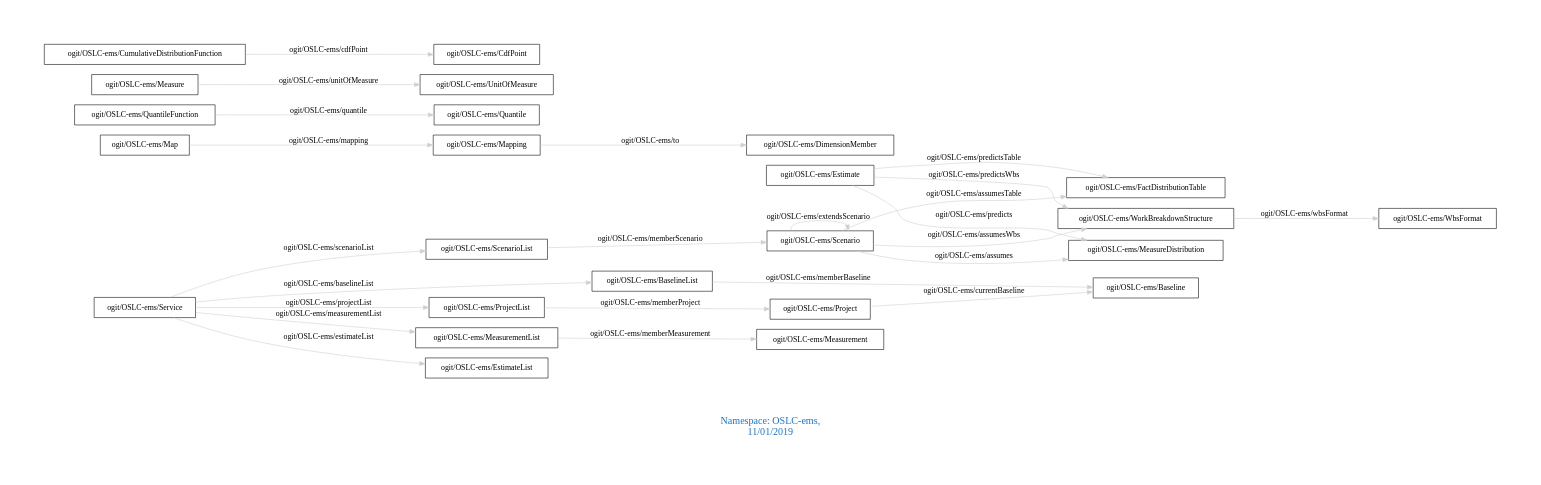
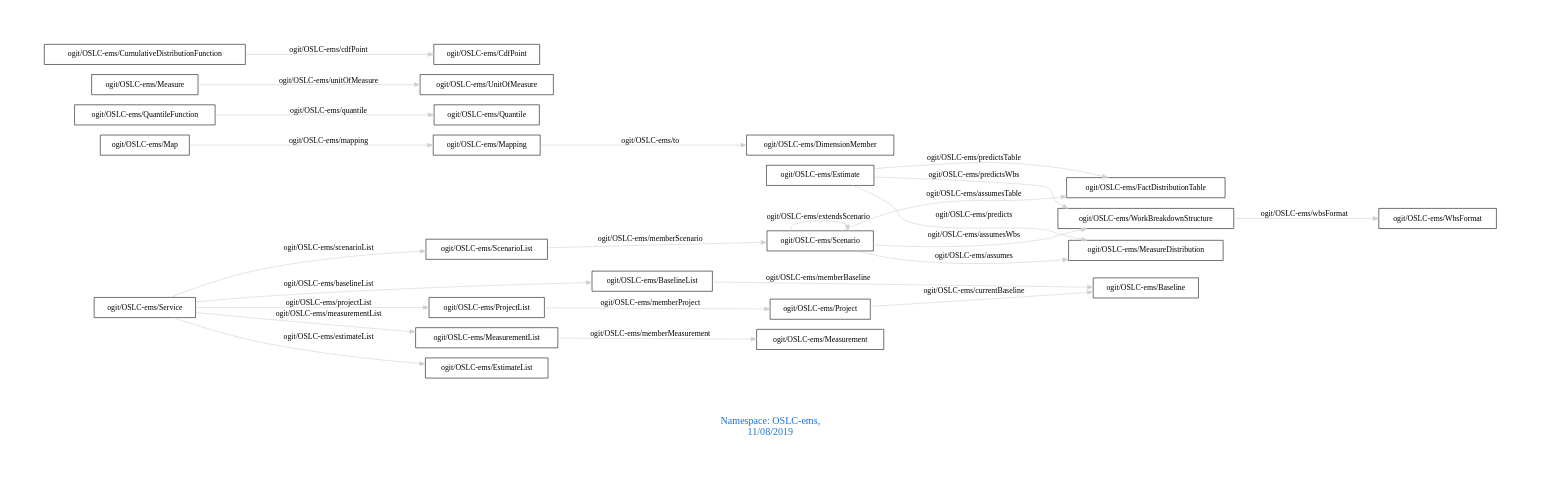
Before and after one commit to arago/OGIT: the diagram in downloads/OSLC-ems.dot, drawn with Graphviz. The commit also changed 151 other files, not shown here.

```diff
--- a/downloads/OSLC-ems.dot
+++ b/downloads/OSLC-ems.dot
@@ -1,31 +1,31 @@
 digraph OGIT_ontology {
  graph [ rankdir= LR,pad=1 
 fontsize = 18,
-fontcolor= dodgerblue3,label = "\n\n\nNamespace: OSLC-ems, \n 11/01/2019"];
+fontcolor= dodgerblue3,label = "\n\n\nNamespace: OSLC-ems, \n 11/08/2019"];
 node[shape=polygon];
 edge [  color="gray81"];
 
    "ogit/OSLC-ems/Estimate" -> "ogit/OSLC-ems/MeasureDistribution" [label="   ogit/OSLC-ems/predicts    "];
    "ogit/OSLC-ems/Mapping" -> "ogit/OSLC-ems/DimensionMember" [label="   ogit/OSLC-ems/to    "];
    "ogit/OSLC-ems/Service" -> "ogit/OSLC-ems/ProjectList" [label="   ogit/OSLC-ems/projectList    "];
    "ogit/OSLC-ems/QuantileFunction" -> "ogit/OSLC-ems/Quantile" [label="   ogit/OSLC-ems/quantile    "];
    "ogit/OSLC-ems/Service" -> "ogit/OSLC-ems/ScenarioList" [label="   ogit/OSLC-ems/scenarioList    "];
    "ogit/OSLC-ems/Measure" -> "ogit/OSLC-ems/UnitOfMeasure" [label="   ogit/OSLC-ems/unitOfMeasure    "];
    "ogit/OSLC-ems/ScenarioList" -> "ogit/OSLC-ems/Scenario" [label="   ogit/OSLC-ems/memberScenario    "];
    "ogit/OSLC-ems/Estimate" -> "ogit/OSLC-ems/FactDistributionTable" [label="   ogit/OSLC-ems/predictsTable    "];
    "ogit/OSLC-ems/BaselineList" -> "ogit/OSLC-ems/Baseline" [label="   ogit/OSLC-ems/memberBaseline    "];
    "ogit/OSLC-ems/Scenario" -> "ogit/OSLC-ems/WorkBreakdownStructure" [label="   ogit/OSLC-ems/assumesWbs    "];
    "ogit/OSLC-ems/CumulativeDistributionFunction" -> "ogit/OSLC-ems/CdfPoint" [label="   ogit/OSLC-ems/cdfPoint    "];
    "ogit/OSLC-ems/Project" -> "ogit/OSLC-ems/Baseline" [label="   ogit/OSLC-ems/currentBaseline    "];
    "ogit/OSLC-ems/ProjectList" -> "ogit/OSLC-ems/Project" [label="   ogit/OSLC-ems/memberProject    "];
    "ogit/OSLC-ems/Service" -> "ogit/OSLC-ems/BaselineList" [label="   ogit/OSLC-ems/baselineList    "];
    "ogit/OSLC-ems/Estimate" -> "ogit/OSLC-ems/WorkBreakdownStructure" [label="   ogit/OSLC-ems/predictsWbs    "];
    "ogit/OSLC-ems/Map" -> "ogit/OSLC-ems/Mapping" [label="   ogit/OSLC-ems/mapping    "];
    "ogit/OSLC-ems/MeasurementList" -> "ogit/OSLC-ems/Measurement" [label="   ogit/OSLC-ems/memberMeasurement    "];
    "ogit/OSLC-ems/Service" -> "ogit/OSLC-ems/MeasurementList" [label="   ogit/OSLC-ems/measurementList    "];
    "ogit/OSLC-ems/WorkBreakdownStructure" -> "ogit/OSLC-ems/WbsFormat" [label="   ogit/OSLC-ems/wbsFormat    "];
    "ogit/OSLC-ems/Service" -> "ogit/OSLC-ems/EstimateList" [label="   ogit/OSLC-ems/estimateList    "];
    "ogit/OSLC-ems/Scenario" -> "ogit/OSLC-ems/MeasureDistribution" [label="   ogit/OSLC-ems/assumes    "];
    "ogit/OSLC-ems/Scenario" -> "ogit/OSLC-ems/FactDistributionTable" [label="   ogit/OSLC-ems/assumesTable    "];
    "ogit/OSLC-ems/Scenario" -> "ogit/OSLC-ems/Scenario" [label="   ogit/OSLC-ems/extendsScenario    "];
 }
```
